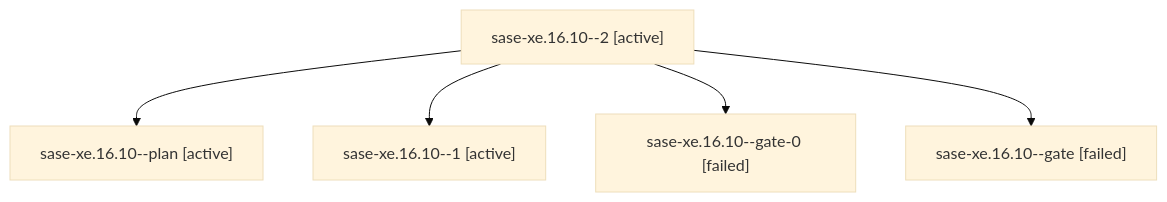
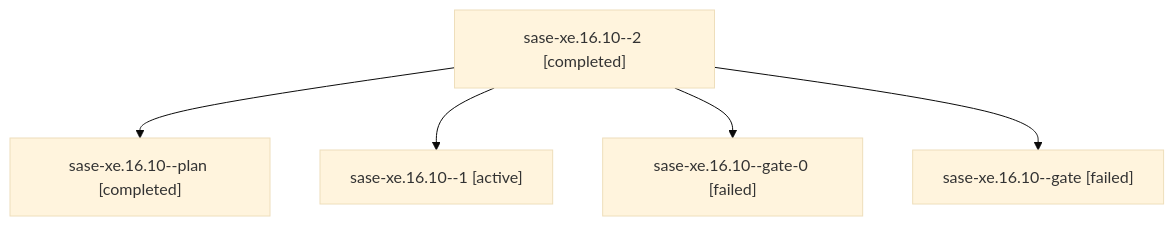
One commit to sase-org/sase--agents changed the diagram in families/bbugyi200.athena.sase-xe.16.10.md. Above: the diagram before and after it, drawn with Mermaid (base theme). The commit also changed other lines of this file and 206 other files, not shown here.

````diff
--- a/families/bbugyi200.athena.sase-xe.16.10.md
+++ b/families/bbugyi200.athena.sase-xe.16.10.md
@@ -9,12 +9,12 @@
 ```mermaid
 flowchart TD
-  n0["sase-xe.16.10--2 [active]"]
-  n1["sase-xe.16.10--plan [active]"]
+  n0["sase-xe.16.10--2 [completed]"]
+  n1["sase-xe.16.10--plan [completed]"]
   n0 --> n1
   n2["sase-xe.16.10--1 [active]"]
   n0 --> n2
   n3["sase-xe.16.10--gate-0 [failed]"]
   n0 --> n3
   n4["sase-xe.16.10--gate [failed]"]
   n0 --> n4
 ```
````
